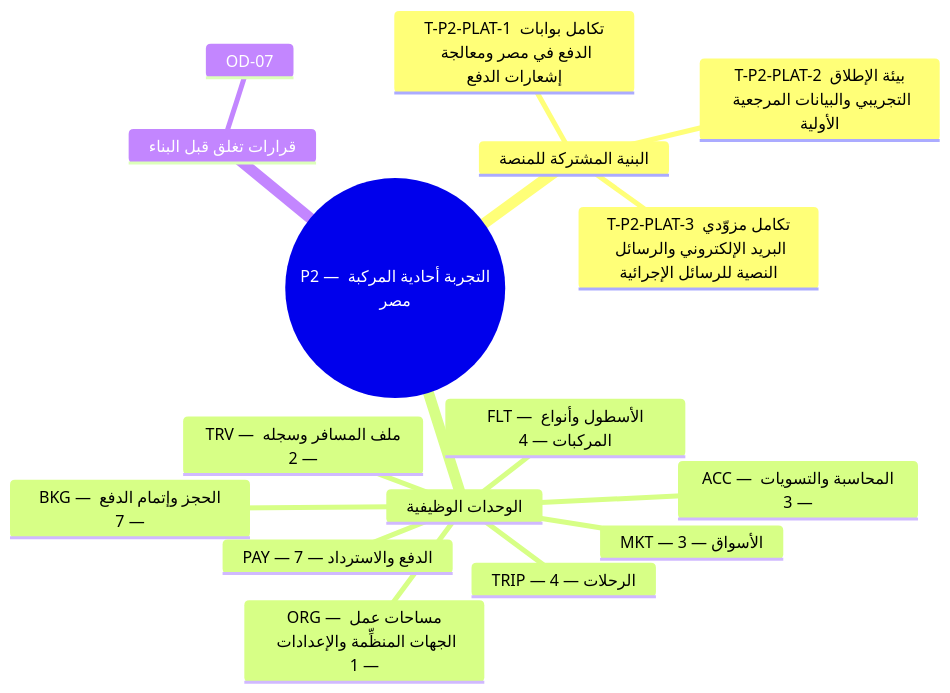
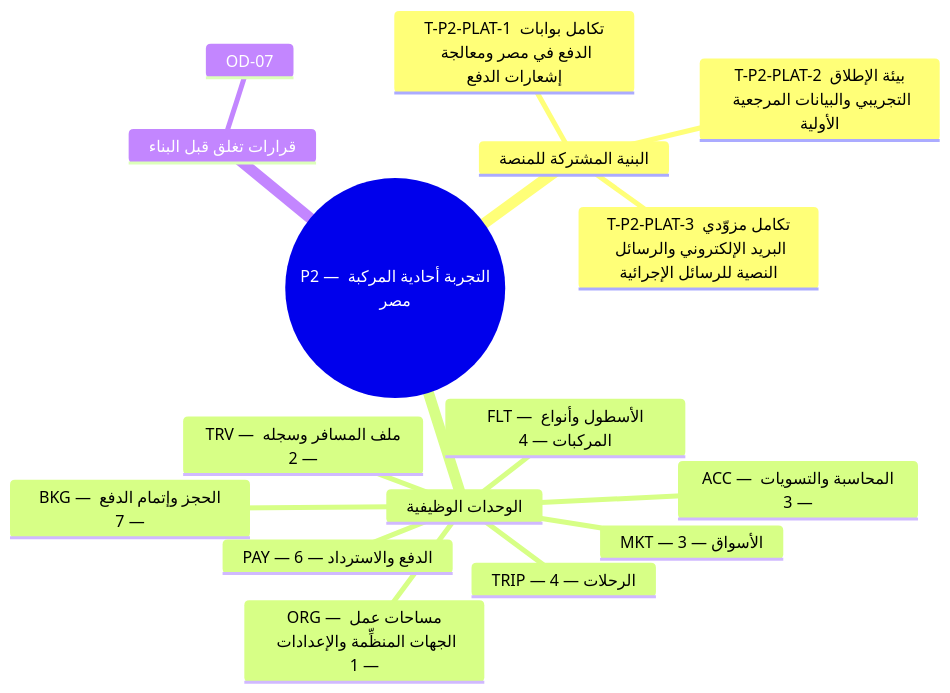
Before and after one commit to mohamedhabibwork/trips-enjoy-docs: the diagram in content/docs/ar/plan/p2.mdx, drawn with Mermaid. The commit also changed other lines of this file and 117 other files, not shown here.

````diff
--- a/content/docs/ar/plan/p2.mdx
+++ b/content/docs/ar/plan/p2.mdx
@@ -17,19 +17,19 @@
 ```mermaid
 mindmap
   root(("P2 — التجربة أحادية المركبة مصر"))
     البنية المشتركة للمنصة
       T-P2-PLAT-1 تكامل بوابات الدفع في مصر ومعالجة إشعارات الدفع
       T-P2-PLAT-2 بيئة الإطلاق التجريبي والبيانات المرجعية الأولية
       T-P2-PLAT-3 تكامل مزوّدي البريد الإلكتروني والرسائل النصية للرسائل الإجرائية
     الوحدات الوظيفية
       ORG — مساحات عمل الجهات المنظِّمة والإعدادات — 1
       TRIP — الرحلات — 4
       FLT — الأسطول وأنواع المركبات — 4
       BKG — الحجز وإتمام الدفع — 7
-      PAY — الدفع والاسترداد — 7
+      PAY — الدفع والاسترداد — 6
       ACC — المحاسبة والتسويات — 3
       TRV — ملف المسافر وسجله — 2
       MKT — الأسواق — 3
     قرارات تغلق قبل البناء
       OD-07
 ```
````
